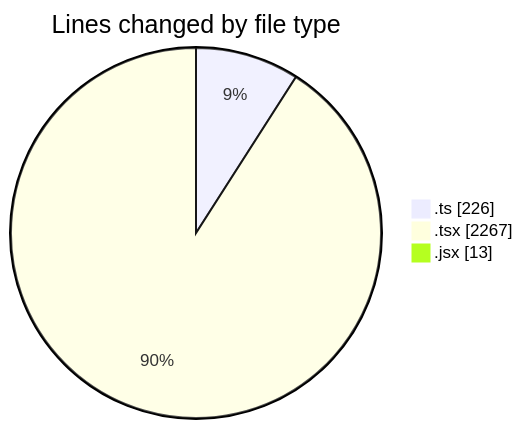
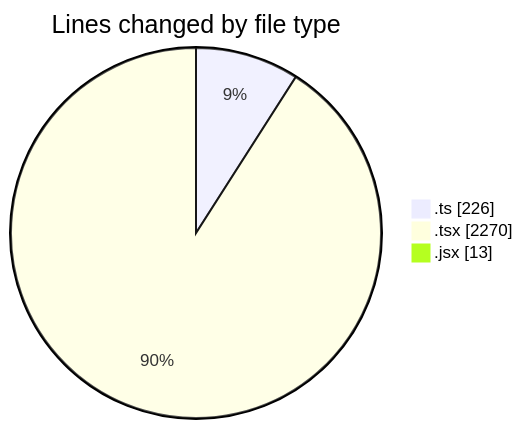
One commit to momahboobian/code-tracking changed the first of 2 diagrams in 2025-12-02/cda/README.md. Above: the diagram before and after it, drawn with Mermaid. The commit also changed other lines of this file and 1 other file, not shown here.

````diff
--- a/2025-12-02/cda/README.md
+++ b/2025-12-02/cda/README.md
@@ -28,7 +28,7 @@
 ```mermaid
 pie showData
 title Lines changed by file type
 ".ts" : 226
-".tsx" : 2267
+".tsx" : 2270
 ".jsx" : 13
 ```
````
